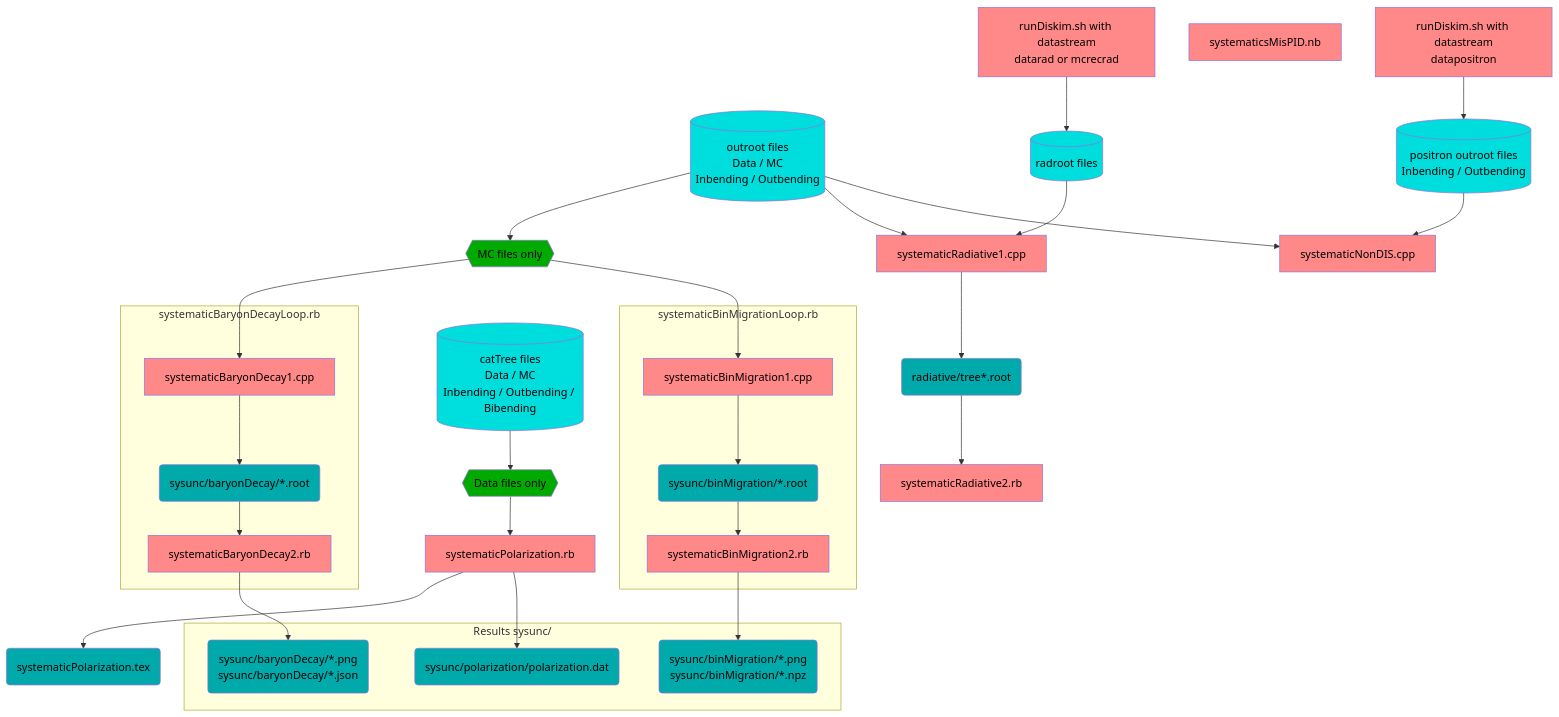
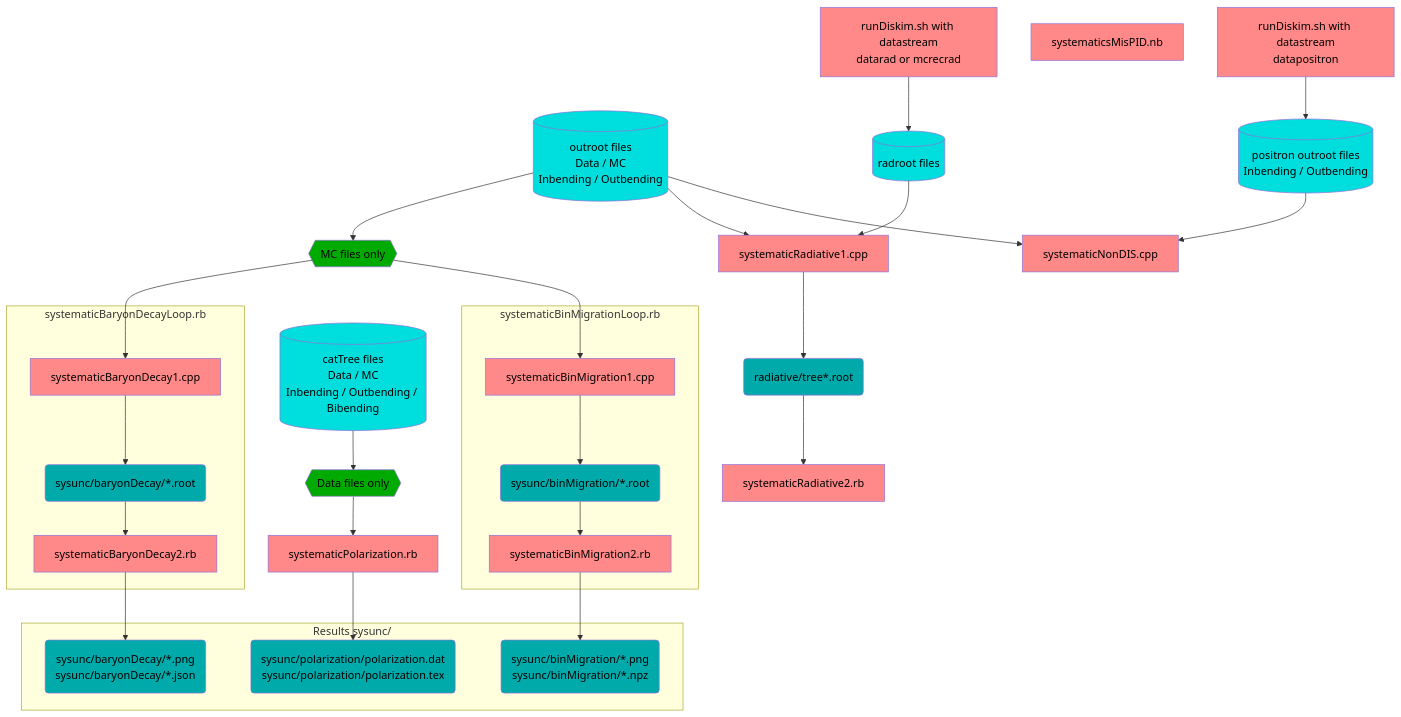
Before and after one commit to c-dilks/dispin: the second of 2 diagrams in README.md, drawn with Mermaid. The commit also changed 1 other file, not shown here.

Commit message:
fix: output polarization tex file to correct place

````diff
--- a/README.md
+++ b/README.md
@@ -158,60 +158,59 @@
 ```mermaid
 flowchart TB
   classDef alg fill:#ff8888,color:black
   classDef data fill:#00aaaa,color:black
   classDef bigdata fill:#00dddd,color:black
   classDef op fill:#00aa00,color:black
 
   CatTrees[(catTree files<br/>Data / MC<br/>Inbending / Outbending / Bibending)]:::bigdata
   CatTreesOnlyData{{Data files only}}:::op
   CatTrees --> CatTreesOnlyData
 
   Outroots[(outroot files<br/>Data / MC<br/>Inbending / Outbending)]:::bigdata
   OutrootsOnlyMC{{MC files only}}:::op
   Outroots --> OutrootsOnlyMC
 
   PolAlg[systematicPolarization.rb]:::alg
-  Pol(systematicPolarization.tex):::data
-  CatTreesOnlyData --> PolAlg --> Pol
+  CatTreesOnlyData --> PolAlg
 
   subgraph systematicBaryonDecayLoop.rb
       BaryonAlg1[systematicBaryonDecay1.cpp]:::alg
       BaryonTrees(sysunc/baryonDecay/*.root):::data
       BaryonAlg2[systematicBaryonDecay2.rb]:::alg
   end
   OutrootsOnlyMC --> BaryonAlg1 --> BaryonTrees --> BaryonAlg2
 
   subgraph systematicBinMigrationLoop.rb
       MigrationAlg1[systematicBinMigration1.cpp]:::alg
       MigrationRoots(sysunc/binMigration/*.root):::data
       MigrationAlg2[systematicBinMigration2.rb]:::alg
   end
   OutrootsOnlyMC --> MigrationAlg1 --> MigrationRoots --> MigrationAlg2
 
   RunDiskimRad[runDiskim.sh with datastream<br/>datarad or mcrecrad]:::alg
   RadRoots[(radroot files)]:::bigdata
   RadAlg1[systematicRadiative1.cpp]:::alg
   RadTrees(radiative/tree*.root):::data
   RadAlg2[systematicRadiative2.rb]:::alg
   Outroots --> RadAlg1
   RunDiskimRad --> RadRoots --> RadAlg1
   RadAlg1 --> RadTrees --> RadAlg2
 
   MisPID[systematicsMisPID.nb]:::alg
 
   RunDiskimPositron[runDiskim.sh with datastream<br/>datapositron]:::alg
   PositronRoots[(positron outroot files<br/>Inbending / Outbending)]:::bigdata
   PositronAlg[systematicNonDIS.cpp]:::alg
   RunDiskimPositron --> PositronRoots
   Outroots --> PositronAlg
   PositronRoots --> PositronAlg
 
   subgraph Results sysunc/
-      PolResult(sysunc/polarization/polarization.dat):::data
+      PolResult(sysunc/polarization/polarization.dat<br/>sysunc/polarization/polarization.tex):::data
       BaryonResult(sysunc/baryonDecay/*.png<br/>sysunc/baryonDecay/*.json):::data
       MigrationResult(sysunc/binMigration/*.png<br/>sysunc/binMigration/*.npz):::data
   end
   PolAlg        --> PolResult
   BaryonAlg2    --> BaryonResult
   MigrationAlg2 --> MigrationResult
 ```
````
